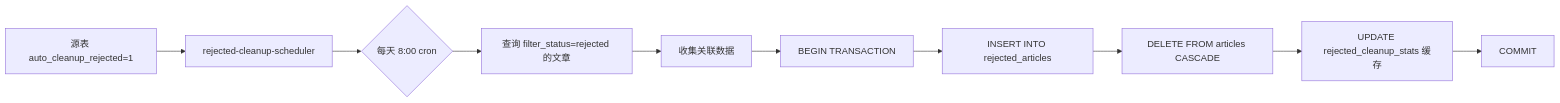
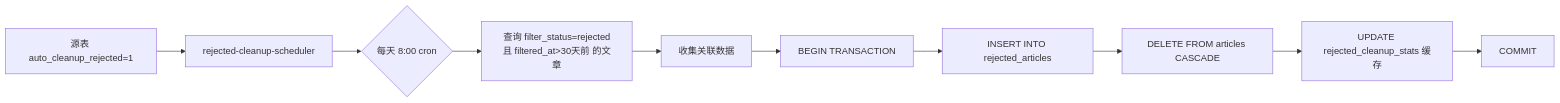
Before and after one commit to xulei-shl/lis-rss-daily: the diagram in docs/handoffs/08-rejected-cleanup.md, drawn with Mermaid. The commit also changed other lines of this file and 1 other file, not shown here.

````diff
--- a/docs/handoffs/08-rejected-cleanup.md
+++ b/docs/handoffs/08-rejected-cleanup.md
@@ -22,12 +24,12 @@
 ```mermaid
 flowchart LR
     A[源表 auto_cleanup_rejected=1] --> B[rejected-cleanup-scheduler]
     B --> C{每天 8:00 cron}
-    C --> D[查询 filter_status=rejected 的文章]
+    C --> D[查询 filter_status=rejected<br>且 filtered_at>30天前 的文章]
     D --> E[收集关联数据]
     E --> F[BEGIN TRANSACTION]
     F --> G[INSERT INTO rejected_articles]
     G --> H[DELETE FROM articles CASCADE]
     H --> I[UPDATE rejected_cleanup_stats 缓存]
     I --> J[COMMIT]
 ```
````
